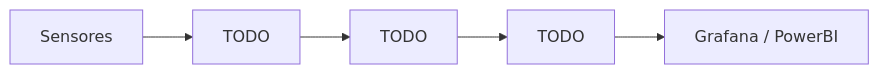
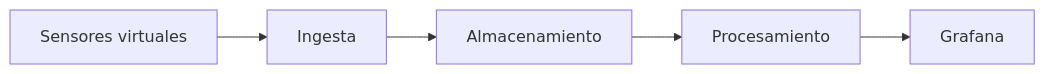
One commit to maavcode/bigdata-p3-smart_city_fiware changed the diagram in README.md. Above: the diagram before and after it, drawn with Mermaid. The commit also changed other lines of this file and 9 other files, not shown here.

````diff
--- a/README.md
+++ b/README.md
@@ -11,7 +9,7 @@
 ```mermaid
 graph LR
-    A[Sensores] --> B[TODO]
-    B --> C[TODO]
-    C --> D[TODO]
-    D --> E[Grafana / PowerBI]
+    A[Sensores virtuales] --> B[Ingesta]
+    B --> C[Almacenamiento]
+    C --> D[Procesamiento]
+    D --> E[Grafana]
 ```
````
